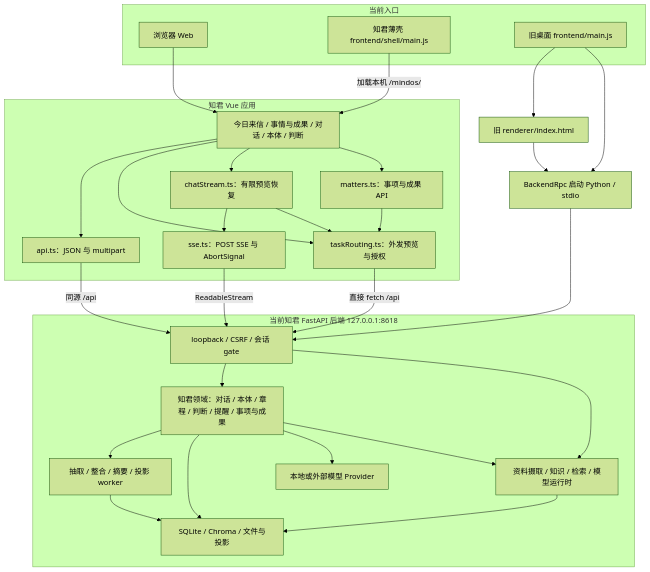
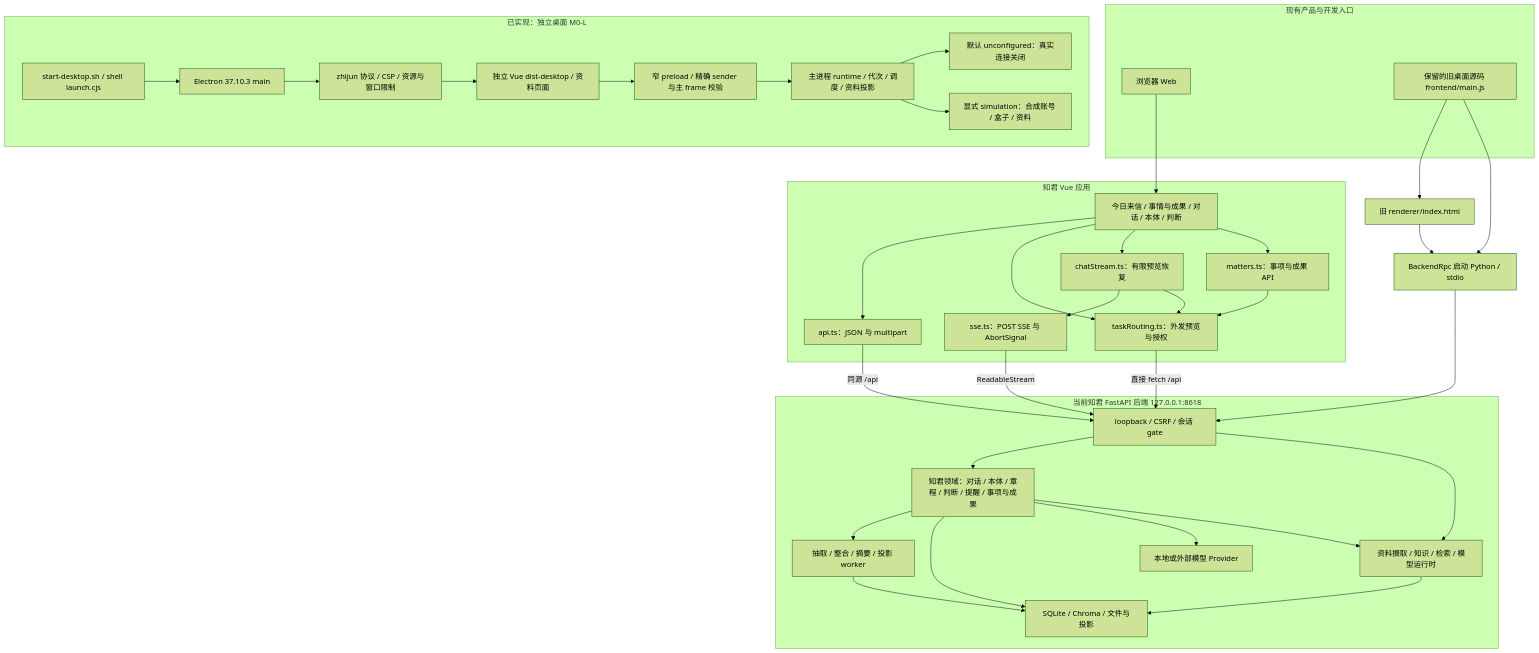
Before and after one commit to finewood2008/centaurAI-zhijun: the first of 4 diagrams in docs/development/ARCHITECTURE-0905.md, drawn with Mermaid (forest theme). The commit also changed other lines of this file and 41 other files, not shown here.

````diff
--- a/docs/development/ARCHITECTURE-0905.md
+++ b/docs/development/ARCHITECTURE-0905.md
@@ -32,46 +32,58 @@
 ```mermaid
 flowchart TB
-  subgraph entry[当前入口]
+  subgraph entry[现有产品与开发入口]
     browser[浏览器 Web]
-    shell[知君薄壳 frontend/shell/main.js]
-    legacy[旧桌面 frontend/main.js]
+    legacy[保留的旧桌面源码 frontend/main.js]
   end
-  shell -->|加载本机 /mindos/| vue
   browser --> vue
   legacy --> oldui[旧 renderer/index.html]
   legacy --> rpc[BackendRpc 启动 Python / stdio]
   oldui --> rpc
+  subgraph desktop[已实现：独立桌面 M0-L]
+    launch[start-desktop.sh / shell launch.cjs]
+    shell[Electron 37.10.3 main]
+    protocol[zhijun 协议 / CSP / 资源与窗口限制]
+    desktopui[独立 Vue dist-desktop / 资料页面]
+    preload[窄 preload / 精确 sender 与主 frame 校验]
+    runtime[主进程 runtime / 代次 / 调度 / 资料投影]
+    closed[默认 unconfigured：真实连接关闭]
+    simulated[显式 simulation：合成账号 / 盒子 / 资料]
+    launch --> shell --> protocol --> desktopui
+    desktopui --> preload --> runtime
+    runtime --> closed
+    runtime --> simulated
+  end
   subgraph product[知君 Vue 应用]
     vue[今日来信 / 事情与成果 / 对话 / 本体 / 判断]
     api[api.ts：JSON 与 multipart]
     route[taskRouting.ts：外发预览与授权]
     sse[sse.ts：POST SSE 与 AbortSignal]
     chat[chatStream.ts：有限预览恢复]
     matters[matters.ts：事项与成果 API]
     vue --> api
     vue --> route
     vue --> chat --> sse
     chat --> route
     vue --> matters --> route
   end
   api -->|同源 /api| fastapi
   route -->|直接 fetch /api| fastapi
   sse -->|ReadableStream| fastapi
   rpc --> fastapi
   subgraph backend[当前知君 FastAPI 后端 127.0.0.1:8618]
     fastapi[loopback / CSRF / 会话 gate]
     domain[知君领域：对话 / 本体 / 章程 / 判断 / 提醒 / 事项与成果]
     worker[抽取 / 整合 / 摘要 / 投影 worker]
     base[资料摄取 / 知识 / 检索 / 模型运行时]
     stores[SQLite / Chroma / 文件与投影]
     models[本地或外部模型 Provider]
     fastapi --> domain
     fastapi --> base
     domain --> worker
     domain --> stores
     worker --> stores
     domain --> models
     domain --> base
     base --> stores
   end
 ```
````
